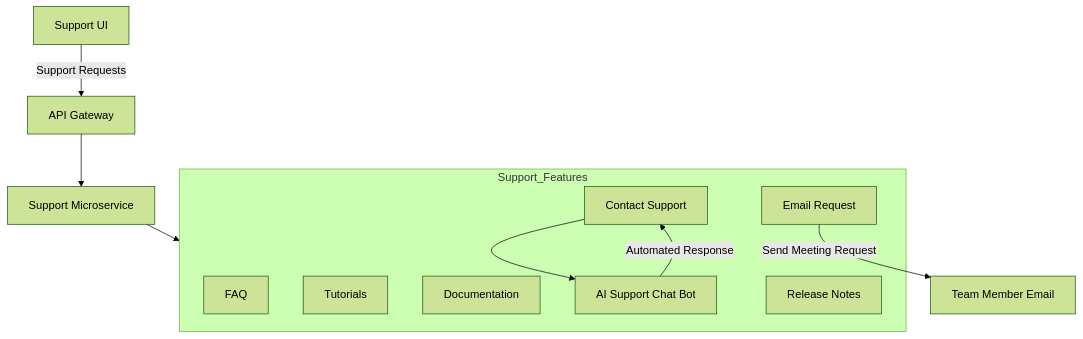
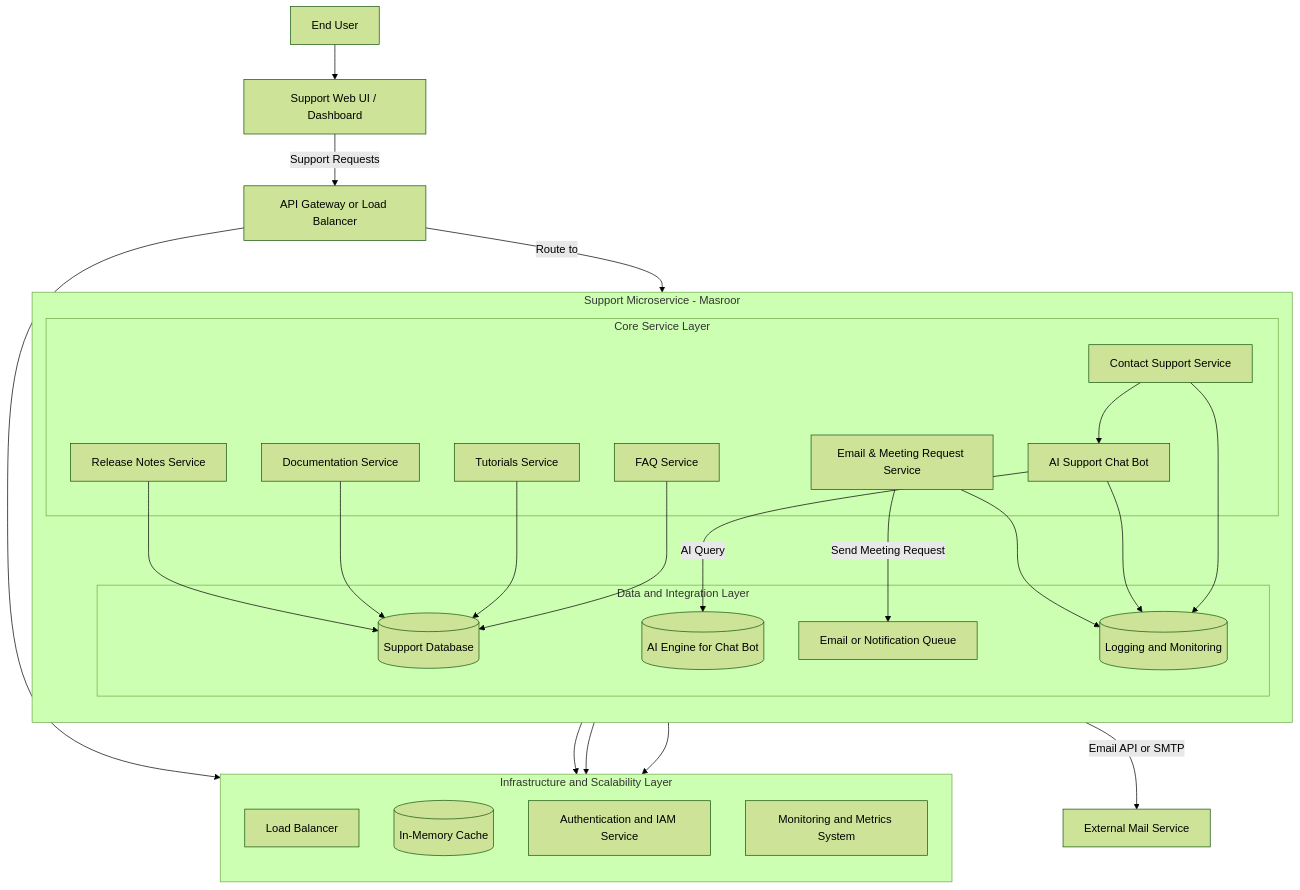
Before and after one commit to MmagdyHafezZ/pitch: the diagram in docs/architecture/MicroServices/Support/architecture.mmd, drawn with Mermaid (forest theme).

```diff
--- a/docs/architecture/MicroServices/Support/architecture.mmd
+++ b/docs/architecture/MicroServices/Support/architecture.mmd
@@ -1,28 +1,71 @@
 graph TD
-    %% Top-level UI and API
-    UI[Support UI]
-    API[API Gateway]
-    SUP[Support Microservice]
+    %% ===========================
+    %% ENTRY POINTS
+    %% ===========================
+    User[End User]
+    UI[Support Web UI / Dashboard]
+    API[API Gateway or Load Balancer]
 
-    %% Subgraph for Support Modules
-    subgraph Support_Features
-        FAQ[FAQ]
-        Tutorials[Tutorials]
-        Docs[Documentation]
-        Contact[Contact Support]
-        ChatBot[AI Support Chat Bot]
-        Release[Release Notes]
-        Email[Email Request]
+    %% ===========================
+    %% SUPPORT MICROSERVICE CORE
+    %% ===========================
+    subgraph Support_Microservice["Support Microservice - Masroor"]
+        direction TB
+
+        subgraph Core_Services["Core Service Layer"]
+            FAQ[FAQ Service]
+            Tutorials[Tutorials Service]
+            Docs[Documentation Service]
+            Contact[Contact Support Service]
+            ChatBot[AI Support Chat Bot]
+            Release[Release Notes Service]
+            Email[Email & Meeting Request Service]
+        end
+
+        subgraph Data_Layer["Data and Integration Layer"]
+            SupportDB[(Support Database)]
+            Logs[(Logging and Monitoring)]
+            Notification[Email or Notification Queue]
+            AIEngine[(AI Engine for Chat Bot)]
+        end
     end
 
-    %% User interaction flow
+    %% ===========================
+    %% INTERACTIONS
+    %% ===========================
+    User --> UI
     UI -->|Support Requests| API
-    API --> SUP
+    API -->|Route to| Support_Microservice
 
-    %% Support microservice contains modules
-    SUP --> Support_Features
+    %% Core Service Connections
+    Contact --> ChatBot
+    ChatBot -->|AI Query| AIEngine
+    Email -->|Send Meeting Request| Notification
+    FAQ --> SupportDB
+    Tutorials --> SupportDB
+    Docs --> SupportDB
+    Release --> SupportDB
+    Contact --> Logs
+    ChatBot --> Logs
+    Email --> Logs
 
-    %% Interactions between modules
-    Contact --> ChatBot
-    ChatBot -->|Automated Response| Contact
-    Email -->|Send Meeting Request| TeamMember[Team Member Email]
+    %% ===========================
+    %% INFRASTRUCTURE & SCALABILITY
+    %% ===========================
+    subgraph Infra["Infrastructure and Scalability Layer"]
+        direction TB
+        LB[Load Balancer]
+        Cache[(In-Memory Cache)]
+        Auth[Authentication and IAM Service]
+        Metrics[Monitoring and Metrics System]
+    end
+
+    API --> LB
+    Support_Microservice --> Cache
+    Support_Microservice --> Auth
+    Support_Microservice --> Metrics
+
+    %% ===========================
+    %% EXTERNAL COMMUNICATION
+    %% ===========================
+    Notification -->|Email API or SMTP| ExternalMail[External Mail Service]
```
